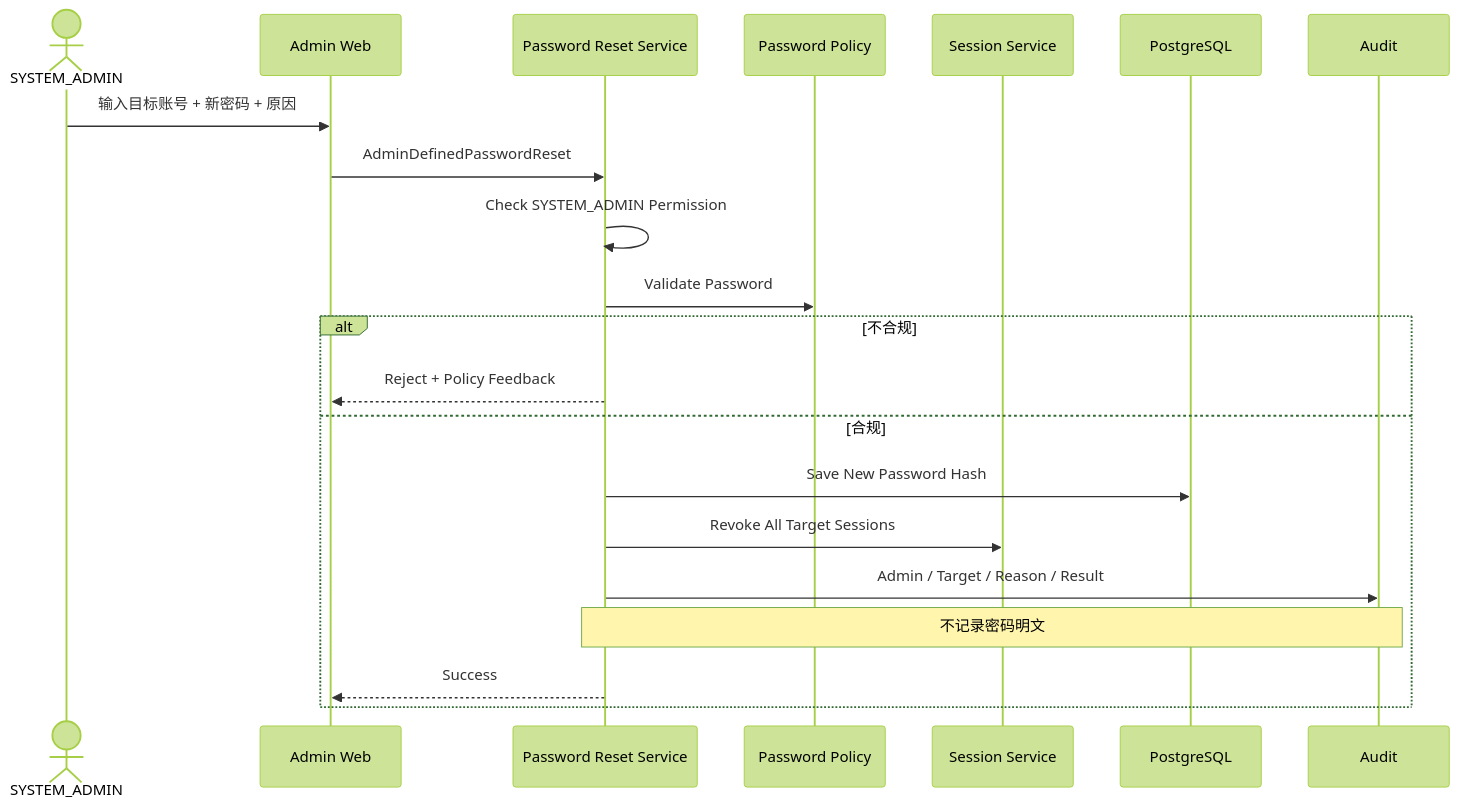
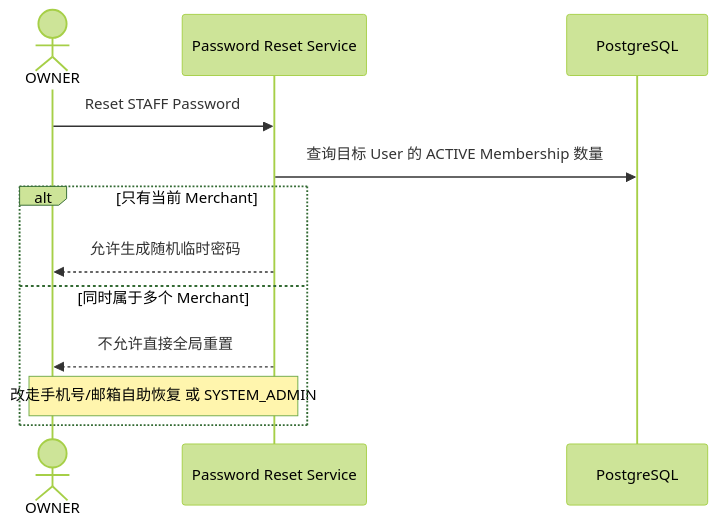
Before and after one commit to sxyq/mastergoods: the ninth of 10 diagrams in docs/system-design/01-账户与身份/04-密码与账号恢复.md, drawn with Mermaid (forest theme). The commit also changed other lines of this file and 12 other files, not shown here.

Commit message:
docs(system-design): sync detailed design and explain flows

````diff
--- a/docs/system-design/01-账户与身份/04-密码与账号恢复.md
+++ b/docs/system-design/01-账户与身份/04-密码与账号恢复.md
@@ -317,25 +355,16 @@
 ```mermaid
 sequenceDiagram
-    actor SA as SYSTEM_ADMIN
-    participant WEB as Admin Web
+    actor O as OWNER
     participant RESET as Password Reset Service
-    participant POLICY as Password Policy
-    participant SESSION as Session Service
     participant DB as PostgreSQL
-    participant AUDIT as Audit
 
-    SA->>WEB: 输入目标账号 + 新密码 + 原因
-    WEB->>RESET: AdminDefinedPasswordReset
-    RESET->>RESET: Check SYSTEM_ADMIN Permission
-    RESET->>POLICY: Validate Password
+    O->>RESET: Reset STAFF Password
+    RESET->>DB: 查询目标 User 的 ACTIVE Membership 数量
 
-    alt 不合规
-        RESET-->>WEB: Reject + Policy Feedback
-    else 合规
-        RESET->>DB: Save New Password Hash
-        RESET->>SESSION: Revoke All Target Sessions
-        RESET->>AUDIT: Admin / Target / Reason / Result
-        Note over RESET,AUDIT: 不记录密码明文
-        RESET-->>WEB: Success
+    alt 只有当前 Merchant
+        RESET-->>O: 允许生成随机临时密码
+    else 同时属于多个 Merchant
+        RESET-->>O: 不允许直接全局重置
+        Note over O,RESET: 改走手机号/邮箱自助恢复 或 SYSTEM_ADMIN
     end
 ```
````
